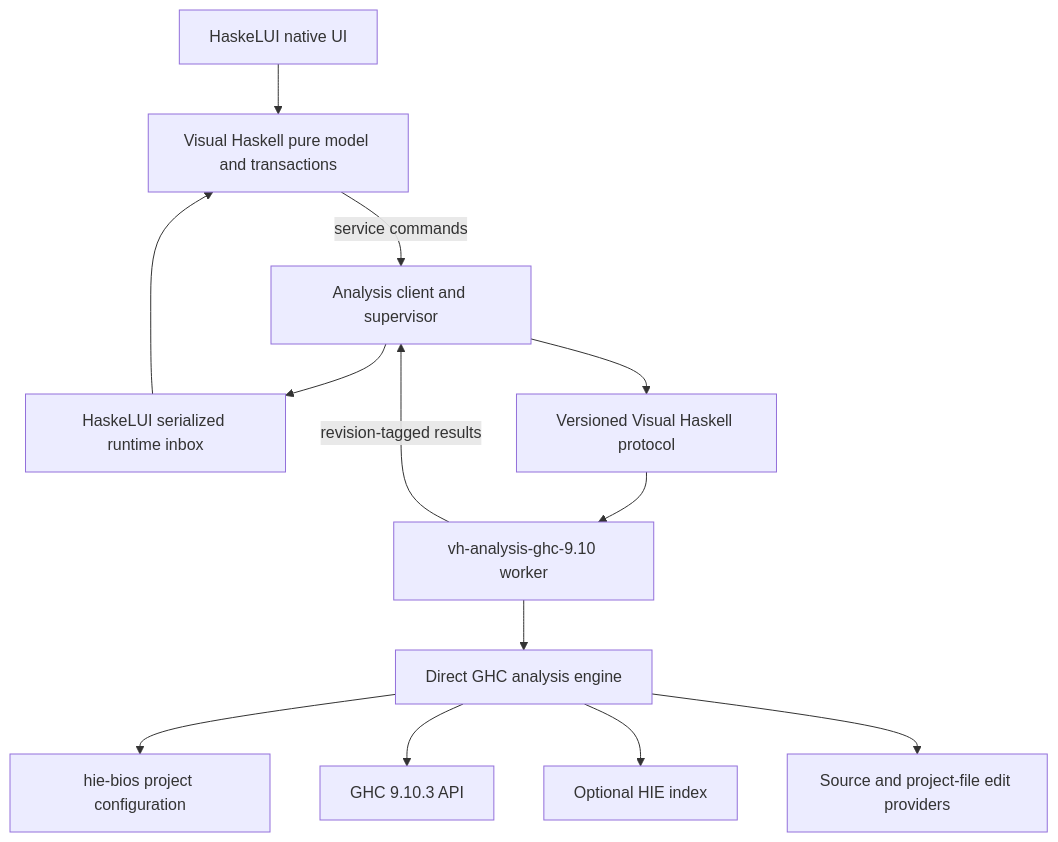
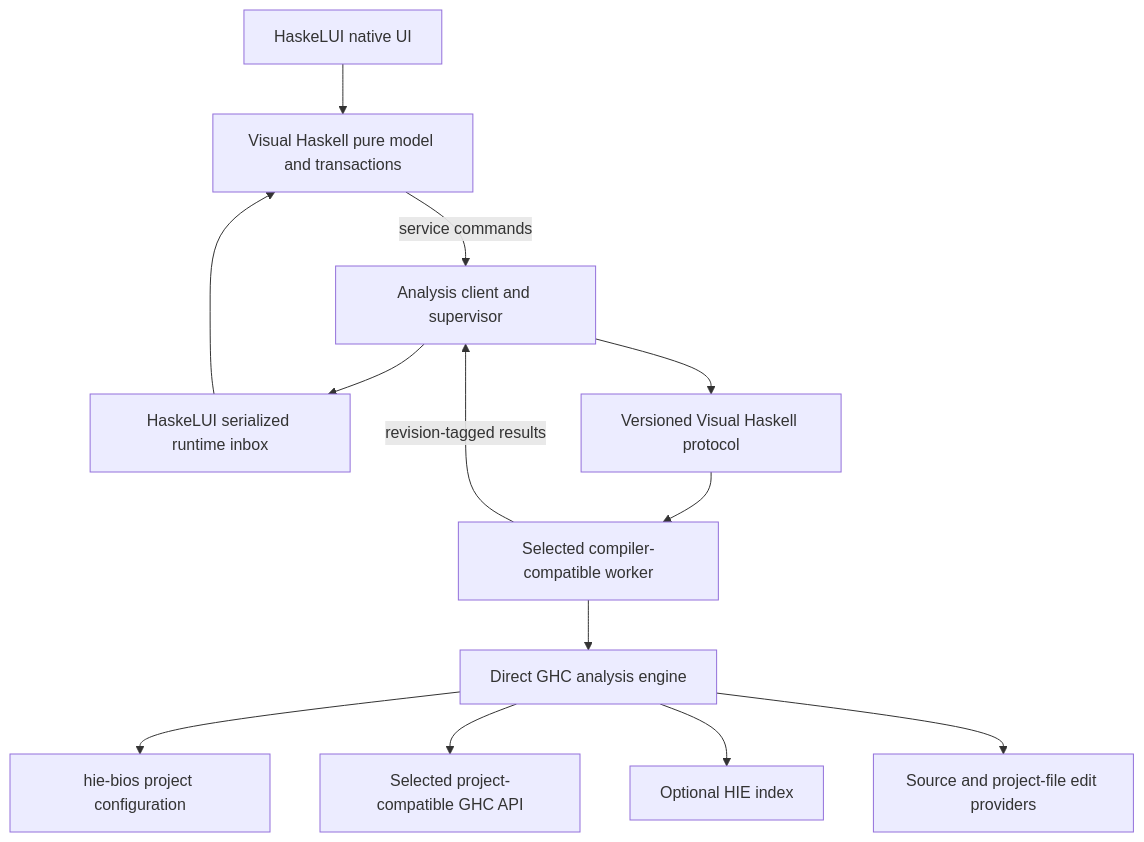
Before and after one commit to aantich/haskelui: the diagram in docs/design/visual-haskell-vision.md, drawn with Mermaid. The commit also changed other lines of this file and 23 other files, not shown here.

````diff
--- a/docs/design/visual-haskell-vision.md
+++ b/docs/design/visual-haskell-vision.md
@@ -102,27 +112,27 @@
 ```mermaid
 flowchart TB
     UI["HaskeLUI native UI"]
     MODEL["Visual Haskell pure model and transactions"]
     RUNTIME["HaskeLUI serialized runtime inbox"]
     CLIENT["Analysis client and supervisor"]
     PROTOCOL["Versioned Visual Haskell protocol"]
-    WORKER["vh-analysis-ghc-9.10 worker"]
+    WORKER["Selected compiler-compatible worker"]
     ENGINE["Direct GHC analysis engine"]
     BIOS["hie-bios project configuration"]
-    GHC["GHC 9.10.3 API"]
+    GHC["Selected project-compatible GHC API"]
     INDEX["Optional HIE index"]
     EDITORS["Source and project-file edit providers"]
 
     UI --> MODEL
     MODEL -->|"service commands"| CLIENT
     CLIENT --> PROTOCOL
     PROTOCOL --> WORKER
     WORKER --> ENGINE
     ENGINE --> BIOS
     ENGINE --> GHC
     ENGINE --> INDEX
     ENGINE --> EDITORS
     WORKER -->|"revision-tagged results"| CLIENT
     CLIENT --> RUNTIME
     RUNTIME --> MODEL
 ```
````
